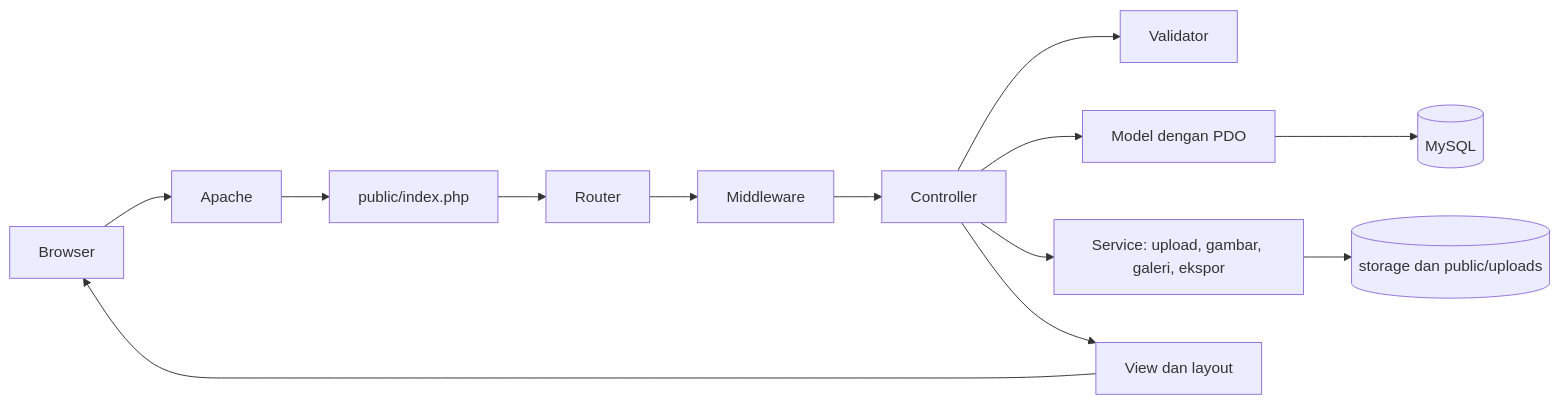
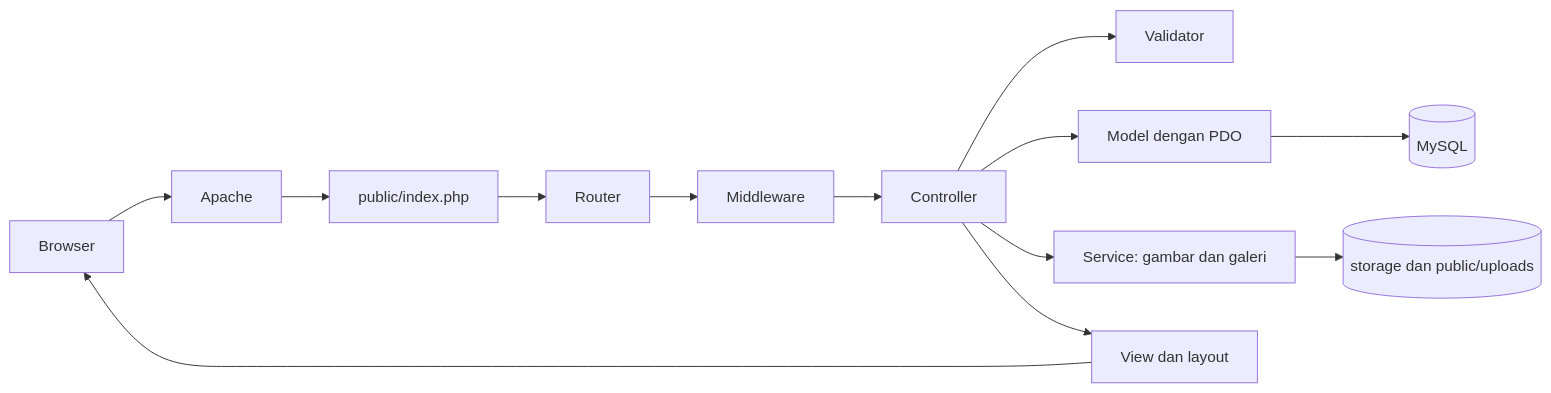
Before and after one commit to zeovarince/Papua-future-project: the diagram in docs/ARCHITECTURE.md, drawn with Mermaid. The commit also changed other lines of this file and 83 other files, not shown here.

````diff
--- a/docs/ARCHITECTURE.md
+++ b/docs/ARCHITECTURE.md
@@ -24,15 +24,15 @@
 ```mermaid
 flowchart LR
   B["Browser"] --> W["Apache"]
   W --> F["public/index.php"]
   F --> R["Router"]
   R --> M["Middleware"]
   M --> C["Controller"]
   C --> V["Validator"]
   C --> Mo["Model dengan PDO"]
   Mo --> D[("MySQL")]
-  C --> S["Service: upload, gambar, galeri, ekspor"]
+  C --> S["Service: gambar dan galeri"]
   S --> St[("storage dan public/uploads")]
   C --> Vw["View dan layout"]
   Vw --> B
 ```
````
